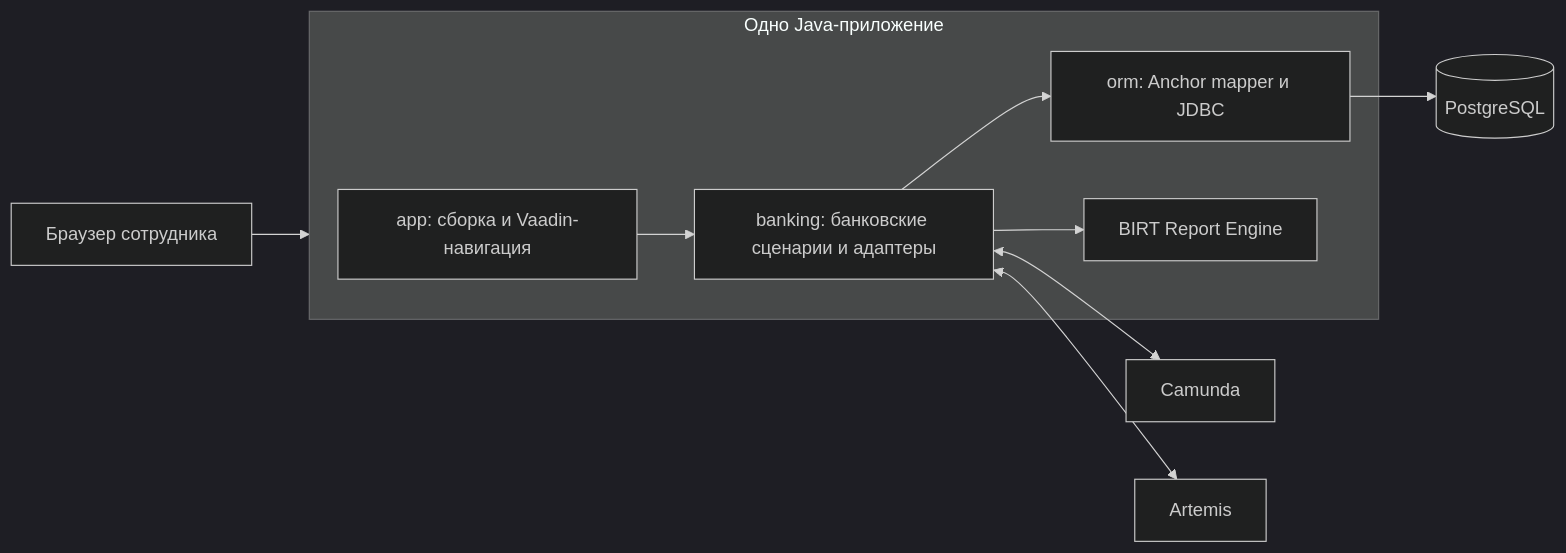
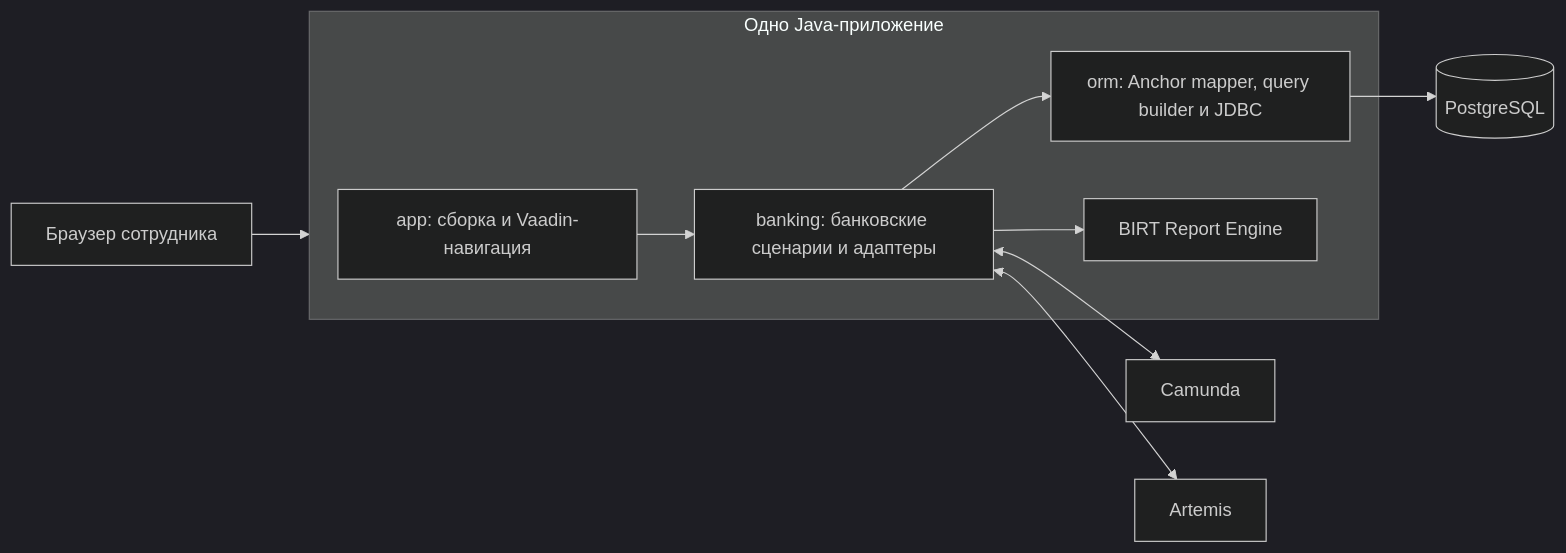
One commit to bank-learning-project/app changed the diagram in docs/architecture.md. Above: the diagram before and after it, drawn with Mermaid (dark theme). The commit also changed other lines of this file and 3 other files, not shown here.

First line of the commit message:
docs: add own Anchor query builder to learning plan

````diff
--- a/docs/architecture.md
+++ b/docs/architecture.md
@@ -18,16 +19,16 @@
 ```mermaid
 flowchart LR
     Employee[Браузер сотрудника] --> App
     subgraph App[Одно Java-приложение]
         Shell[app: сборка и Vaadin-навигация]
         Banking[banking: банковские сценарии и адаптеры]
-        ORM[orm: Anchor mapper и JDBC]
+        ORM[orm: Anchor mapper, query builder и JDBC]
         BIRT[BIRT Report Engine]
         Shell --> Banking
         Banking --> ORM
         Banking --> BIRT
     end
     ORM --> PG[(PostgreSQL)]
     Banking <--> Camunda[Camunda]
     Banking <--> Artemis[Artemis]
 ```
````
